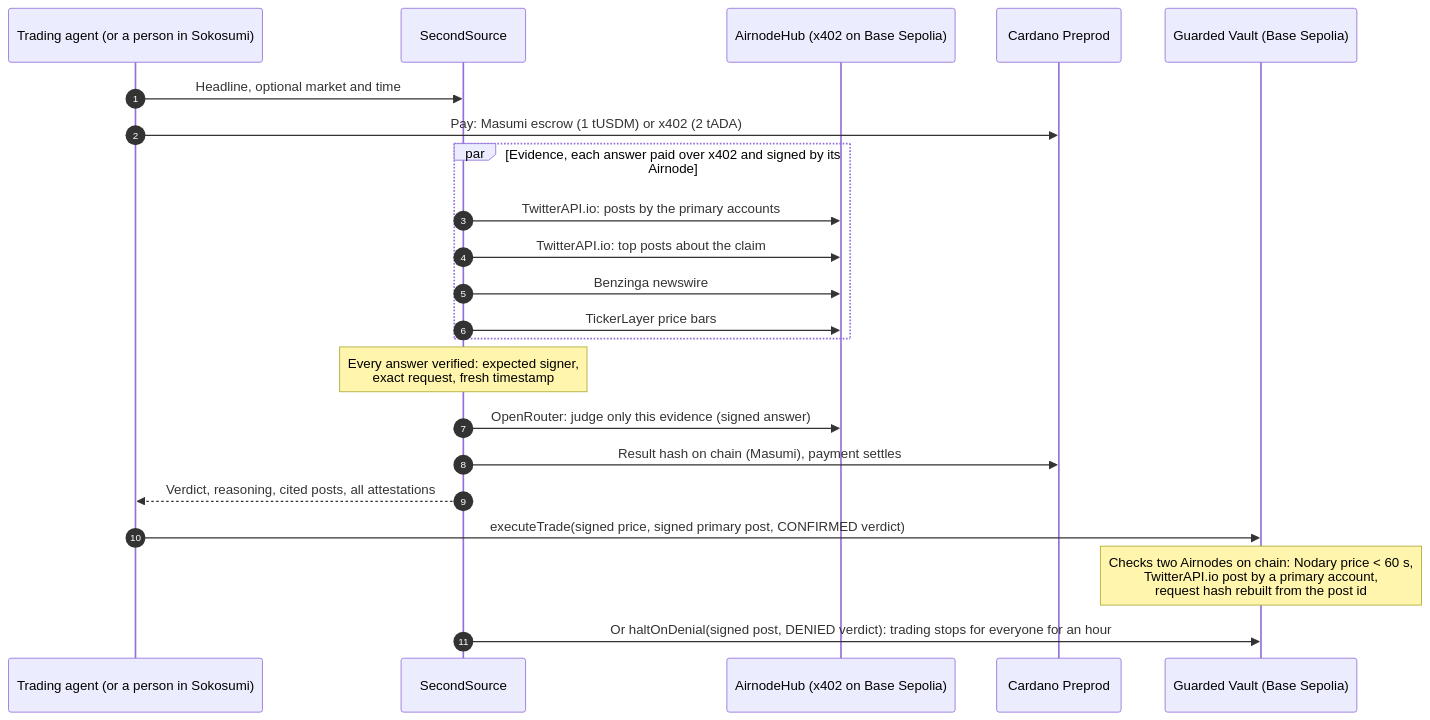
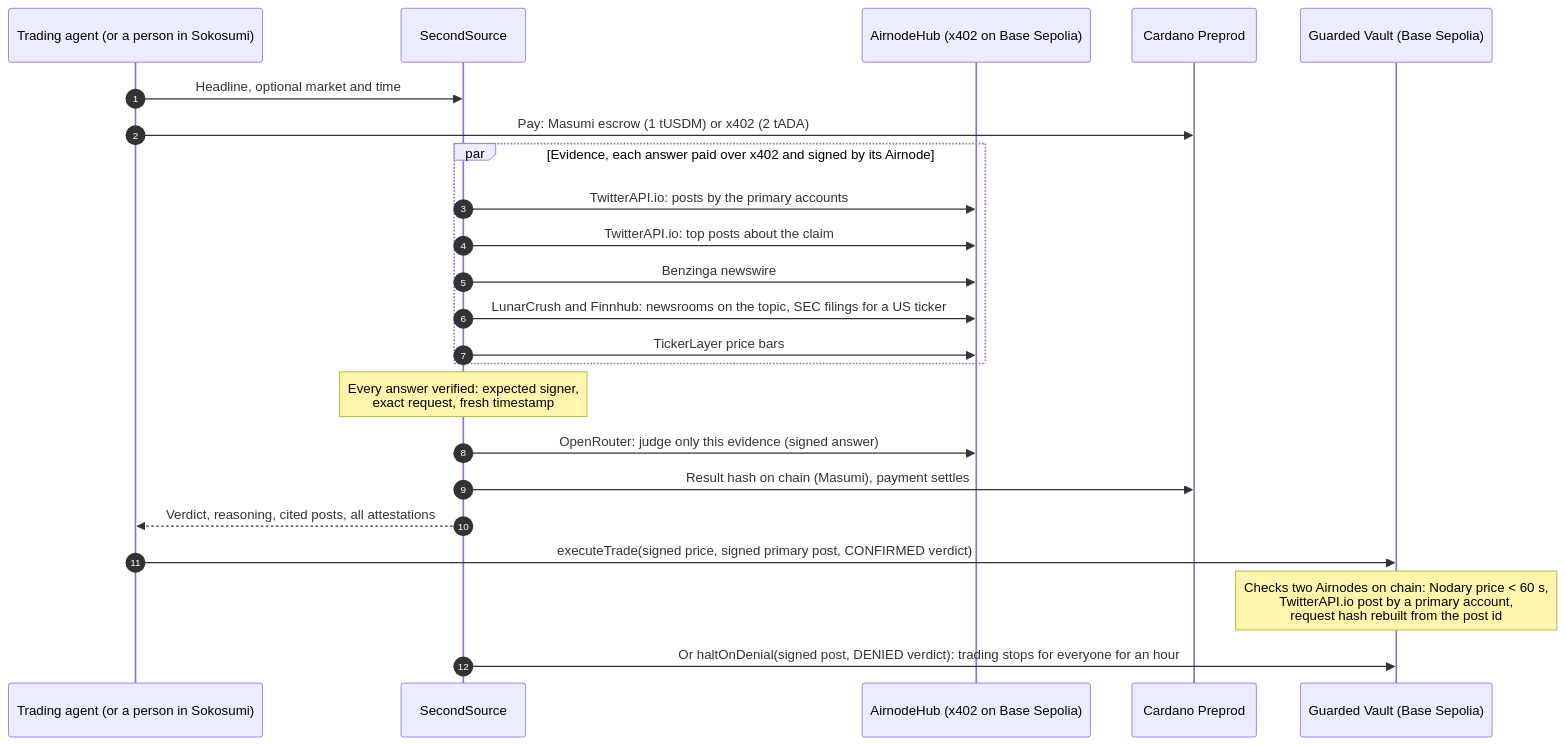
Before and after one commit to raglibol-re/SecondSource: the diagram in README.md, drawn with Mermaid. The commit also changed other lines of this file and 3 other files, not shown here.

````diff
--- a/README.md
+++ b/README.md
@@ -77,24 +77,25 @@
 ```mermaid
 sequenceDiagram
     autonumber
     participant B as Trading agent (or a person in Sokosumi)
     participant S as SecondSource
     participant H as AirnodeHub (x402 on Base Sepolia)
     participant C as Cardano Preprod
     participant V as Guarded Vault (Base Sepolia)
     B->>S: Headline, optional market and time
     B->>C: Pay: Masumi escrow (1 tUSDM) or x402 (2 tADA)
     par Evidence, each answer paid over x402 and signed by its Airnode
         S->>H: TwitterAPI.io: posts by the primary accounts
         S->>H: TwitterAPI.io: top posts about the claim
         S->>H: Benzinga newswire
+        S->>H: LunarCrush and Finnhub: newsrooms on the topic, SEC filings for a US ticker
         S->>H: TickerLayer price bars
     end
     Note over S: Every answer verified: expected signer,<br/>exact request, fresh timestamp
     S->>H: OpenRouter: judge only this evidence (signed answer)
     S->>C: Result hash on chain (Masumi), payment settles
     S-->>B: Verdict, reasoning, cited posts, all attestations
     B->>V: executeTrade(signed price, signed primary post, CONFIRMED verdict)
     Note over V: Checks two Airnodes on chain: Nodary price < 60 s,<br/>TwitterAPI.io post by a primary account,<br/>request hash rebuilt from the post id
     S->>V: Or haltOnDenial(signed post, DENIED verdict): trading stops for everyone for an hour
 ```
````
